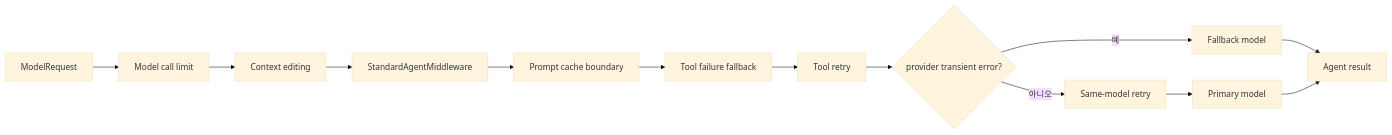
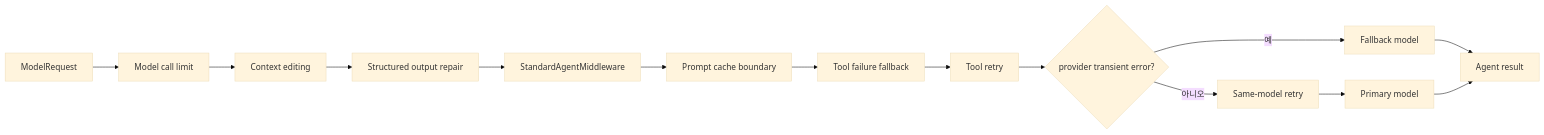
The fourth of 7 diagrams in src/tracer_agent/worker/agents/README.md (agent-tracer/tracer-agent-python), drawn with Mermaid (base theme) before and after one commit. The commit also changed 2 other files, not shown here.

Commit message:
docs(agents): 실행 구조 문서를 지금 코드와 정본 축에 맞춘다
턴 몫의 근거와 미들웨어 층의 자리가 코드와 어긋나 있어 바로잡는다.
대화 문서에 구성 요소 절을 세워 정본 축과 절의 순서를 맞춘다.
초안이 답변 언어에 닿지 못하는 자리와 인자 거절의 두 문구를 적는다.
계약이 잡 종류의 생성 상한을 비워 둔 것을 남은 계약 작업으로 모은다.

````diff
--- a/src/tracer_agent/worker/agents/README.md
+++ b/src/tracer_agent/worker/agents/README.md
@@ -120,15 +120,16 @@
 ```mermaid
 flowchart LR
     REQ[ModelRequest] --> LIMIT[Model call limit]
     LIMIT --> EDIT[Context editing]
-    EDIT --> STANDARD[StandardAgentMiddleware]
+    EDIT --> REPAIR[Structured output repair]
+    REPAIR --> STANDARD[StandardAgentMiddleware]
     STANDARD --> CACHE[Prompt cache boundary]
     CACHE --> TOOL_FAILURE[Tool failure fallback]
     TOOL_FAILURE --> TOOL_RETRY[Tool retry]
     TOOL_RETRY --> FALLBACK{provider transient error?}
     FALLBACK -- 아니오 --> MODEL_RETRY[Same-model retry]
     FALLBACK -- 예 --> ALT[Fallback model]
     MODEL_RETRY --> PRIMARY[Primary model]
     ALT --> RESULT[Agent result]
     PRIMARY --> RESULT
 ```
````
